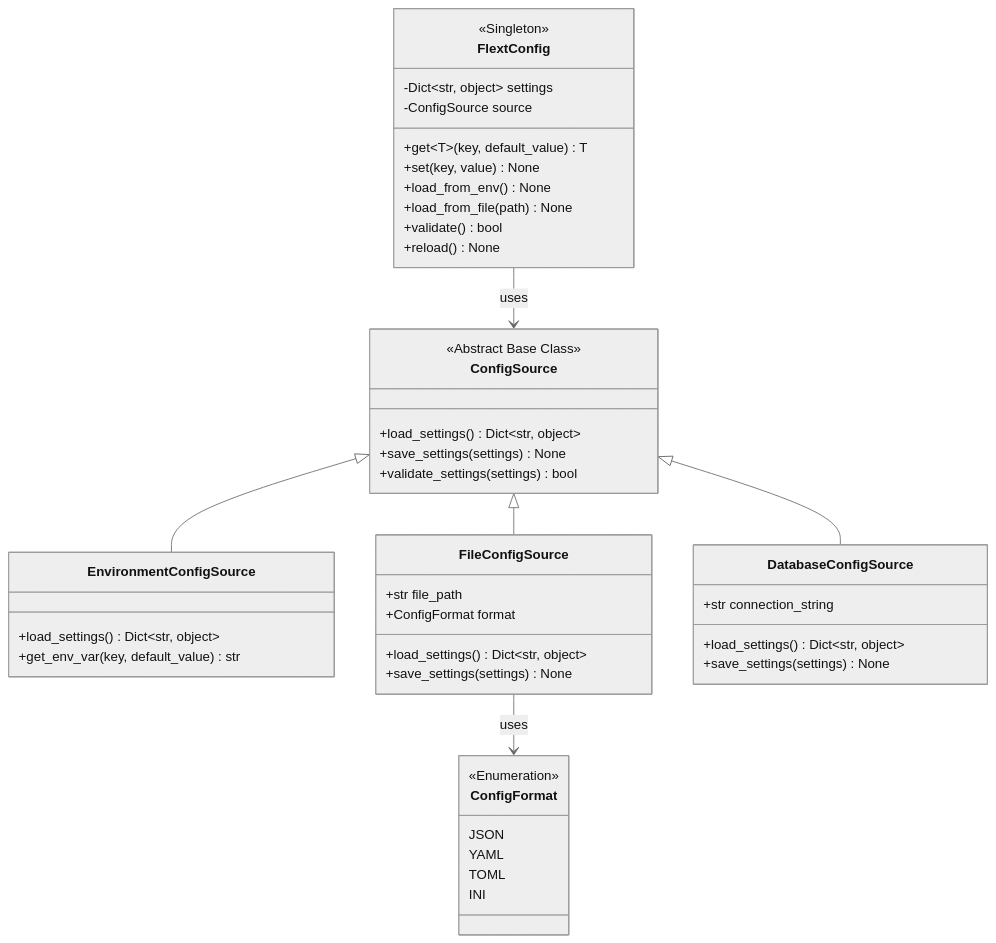
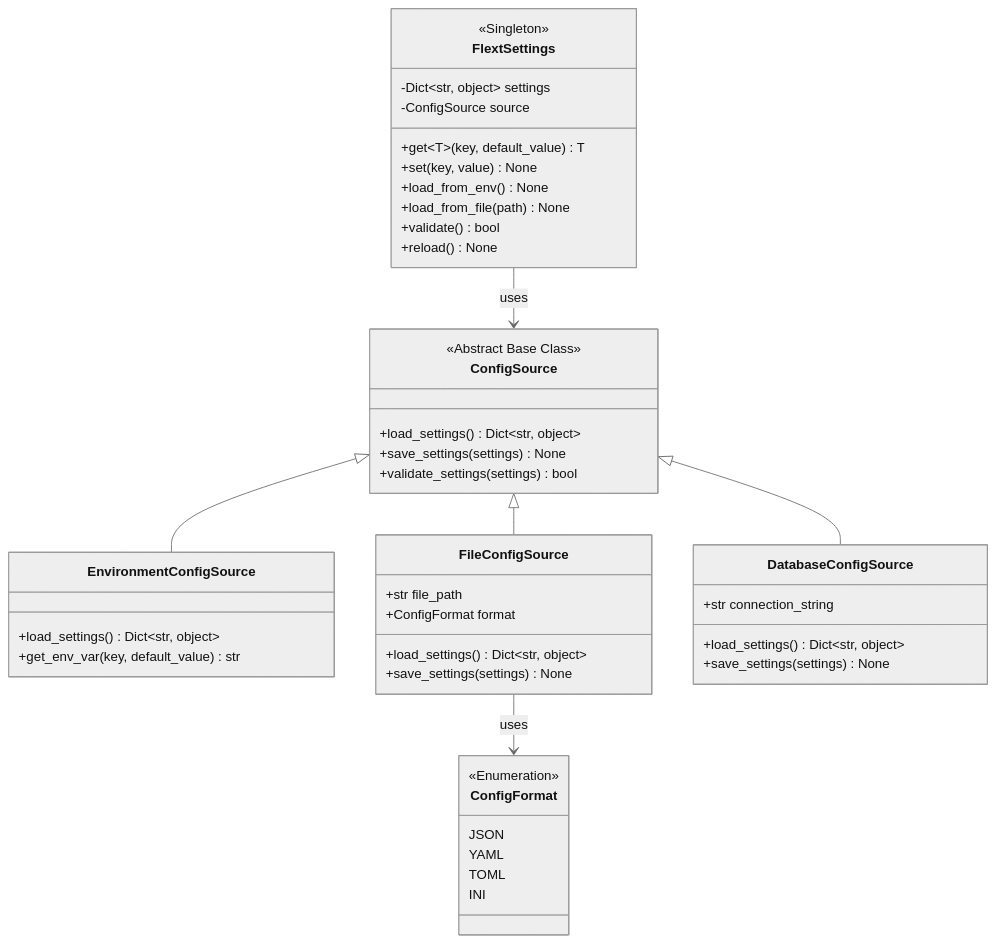
One commit to flext-sh/flext changed the ninth of 10 diagrams in docs/architecture/c4-model/code-diagrams.md. Above: the diagram before and after it, drawn with Mermaid (neutral theme). The commit also changed 73 other files, not shown here.

````diff
--- a/docs/architecture/c4-model/code-diagrams.md
+++ b/docs/architecture/c4-model/code-diagrams.md
@@ -441,53 +441,53 @@
 ```mermaid
 classDiagram
-    class FlextConfig {
+    class FlextSettings {
         <<Singleton>>
         -Dict~str, object~ settings
         -ConfigSource source
         +get~T~(key, default_value) T
         +set(key, value) None
         +load_from_env() None
         +load_from_file(path) None
         +validate() bool
         +reload() None
     }
 
     class ConfigSource {
         <<Abstract Base Class>>
         +load_settings() Dict~str, object~
         +save_settings(settings) None
         +validate_settings(settings) bool
     }
 
     class EnvironmentConfigSource {
         +load_settings() Dict~str, object~
         +get_env_var(key, default_value) str
     }
 
     class FileConfigSource {
         +str file_path
         +ConfigFormat format
         +load_settings() Dict~str, object~
         +save_settings(settings) None
     }
 
     class DatabaseConfigSource {
         +str connection_string
         +load_settings() Dict~str, object~
         +save_settings(settings) None
     }
 
     class ConfigFormat {
         <<Enumeration>>
         JSON
         YAML
         TOML
         INI
     }
 
-    FlextConfig --> ConfigSource : uses
+    FlextSettings --> ConfigSource : uses
     ConfigSource <|-- EnvironmentConfigSource
     ConfigSource <|-- FileConfigSource
     ConfigSource <|-- DatabaseConfigSource
     FileConfigSource --> ConfigFormat : uses
 ```
````
